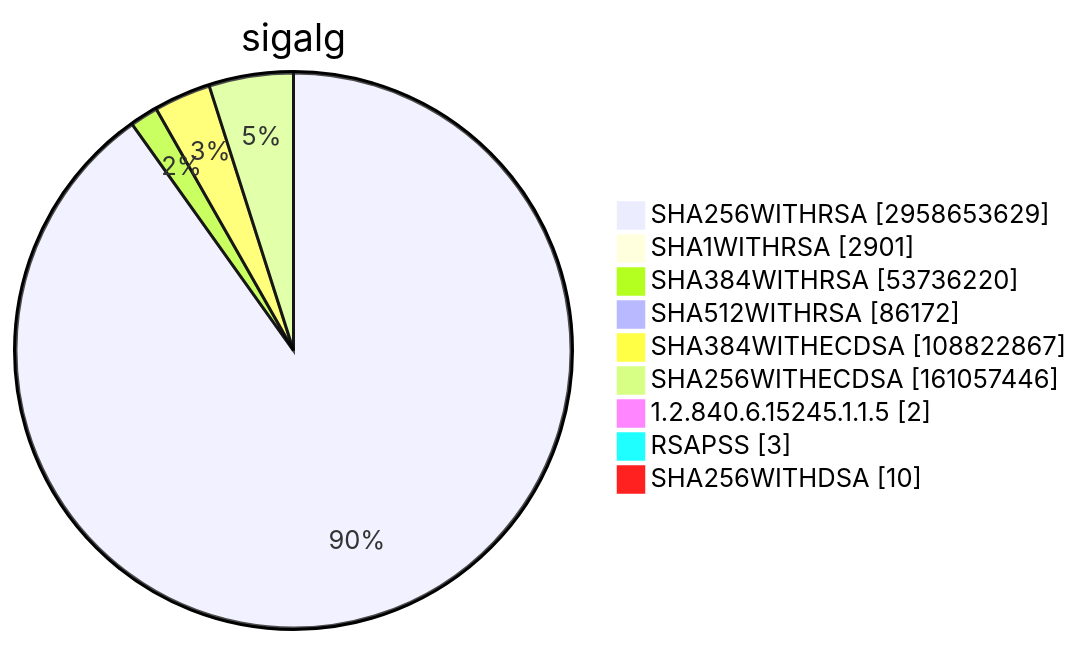
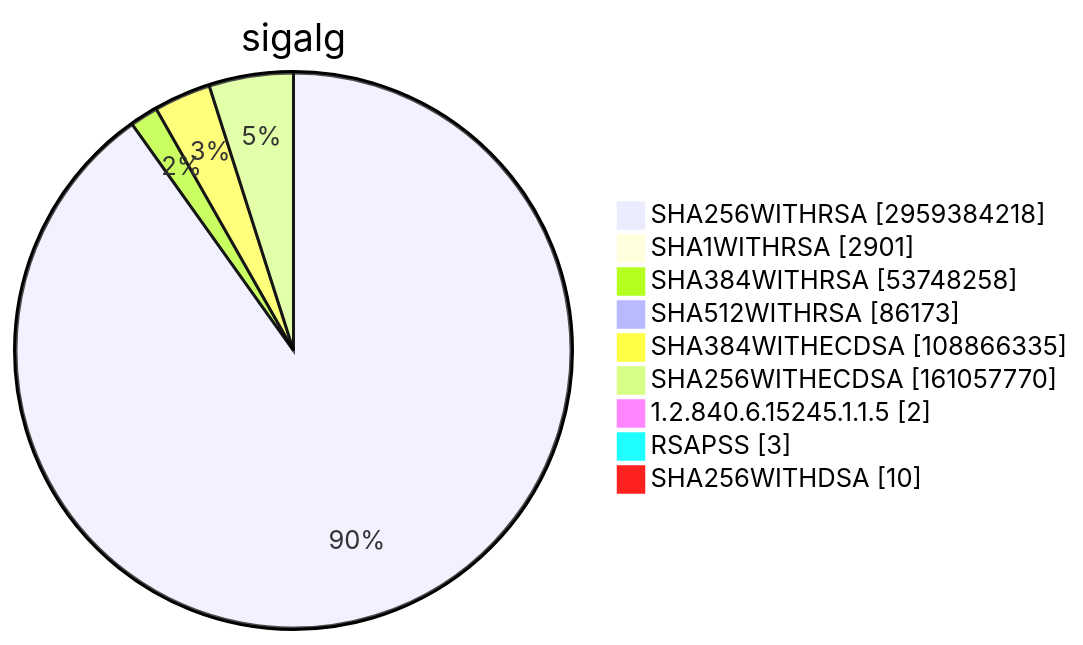
Before and after one commit to christiankrug/ctmonitor_visualization: diagram 15 of 15 in TOTAL/README.md, drawn with Mermaid. The commit also changed other lines of this file, not shown here.

````diff
--- a/TOTAL/README.md
+++ b/TOTAL/README.md
@@ -6207,13 +6207,13 @@
 ```mermaid
 pie showData
 title sigalg
-"SHA256WITHRSA" :2958653629
+"SHA256WITHRSA" :2959384218
 "SHA1WITHRSA" :2901
-"SHA384WITHRSA" :53736220
-"SHA512WITHRSA" :86172
-"SHA384WITHECDSA" :108822867
-"SHA256WITHECDSA" :161057446
+"SHA384WITHRSA" :53748258
+"SHA512WITHRSA" :86173
+"SHA384WITHECDSA" :108866335
+"SHA256WITHECDSA" :161057770
 "1.2.840.6.15245.1.1.5" :2
 "RSAPSS" :3
 "SHA256WITHDSA" :10
 ```
````
